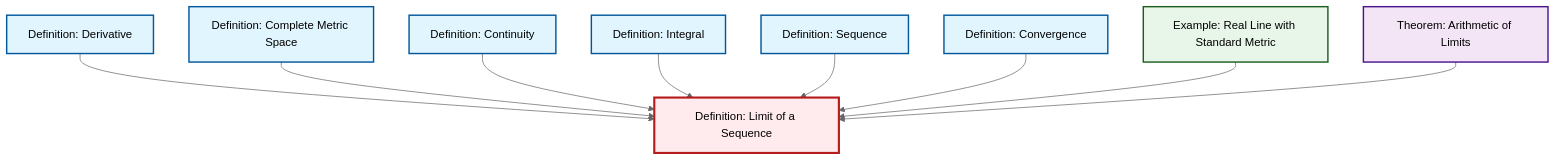
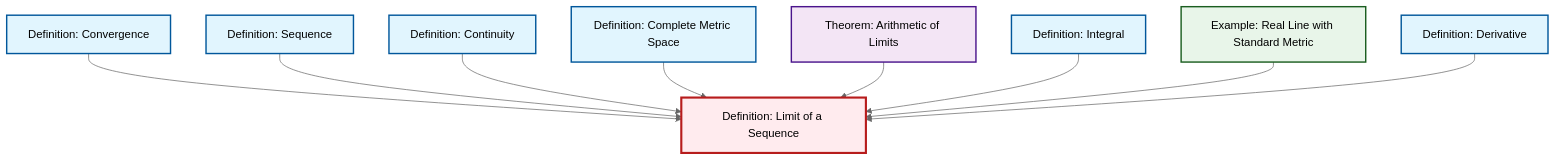
The diagram in output/mermaid/def-limit.mermaid (RK0429/ModernMath), drawn with Mermaid (neutral theme) before and after one commit. The commit also changed other lines of this file and 1124 other files, not shown here.

````diff
--- a/output/mermaid/def-limit.mermaid
+++ b/output/mermaid/def-limit.mermaid
@@ -1,27 +1,27 @@
 ```{mermaid}
 %%| fig-cap: "Local dependency graph"
 graph TD
     classDef definition fill:#e1f5fe,stroke:#01579b,stroke-width:2px
     classDef theorem fill:#f3e5f5,stroke:#4a148c,stroke-width:2px
     classDef axiom fill:#fff3e0,stroke:#e65100,stroke-width:2px
     classDef example fill:#e8f5e9,stroke:#1b5e20,stroke-width:2px
     classDef current fill:#ffebee,stroke:#b71c1c,stroke-width:3px
-    def-integral["Definition: Integral"]:::definition
-    def-convergence["Definition: Convergence"]:::definition
-    def-continuity["Definition: Continuity"]:::definition
-    def-complete-metric-space["Definition: Complete Metric Space"]:::definition
-    thm-limit-arithmetic["Theorem: Arithmetic of Limits"]:::theorem
-    def-sequence["Definition: Sequence"]:::definition
+    ex-real-line-metric["Example: Real Line with Standard Metric"]:::example
     def-limit["Definition: Limit of a Sequence"]:::definition
     def-derivative["Definition: Derivative"]:::definition
-    ex-real-line-metric["Example: Real Line with Standard Metric"]:::example
+    thm-limit-arithmetic["Theorem: Arithmetic of Limits"]:::theorem
+    def-complete-metric-space["Definition: Complete Metric Space"]:::definition
+    def-sequence["Definition: Sequence"]:::definition
+    def-integral["Definition: Integral"]:::definition
+    def-continuity["Definition: Continuity"]:::definition
+    def-convergence["Definition: Convergence"]:::definition
+    def-convergence --> def-limit
+    def-sequence --> def-limit
+    def-continuity --> def-limit
+    def-complete-metric-space --> def-limit
+    thm-limit-arithmetic --> def-limit
+    def-integral --> def-limit
+    ex-real-line-metric --> def-limit
     def-derivative --> def-limit
-    def-complete-metric-space --> def-limit
-    def-continuity --> def-limit
-    def-integral --> def-limit
-    def-sequence --> def-limit
-    def-convergence --> def-limit
-    ex-real-line-metric --> def-limit
-    thm-limit-arithmetic --> def-limit
     class def-limit current
 ```
````
